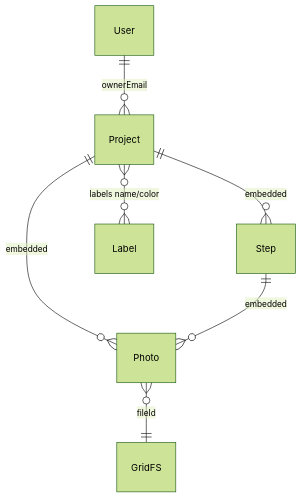
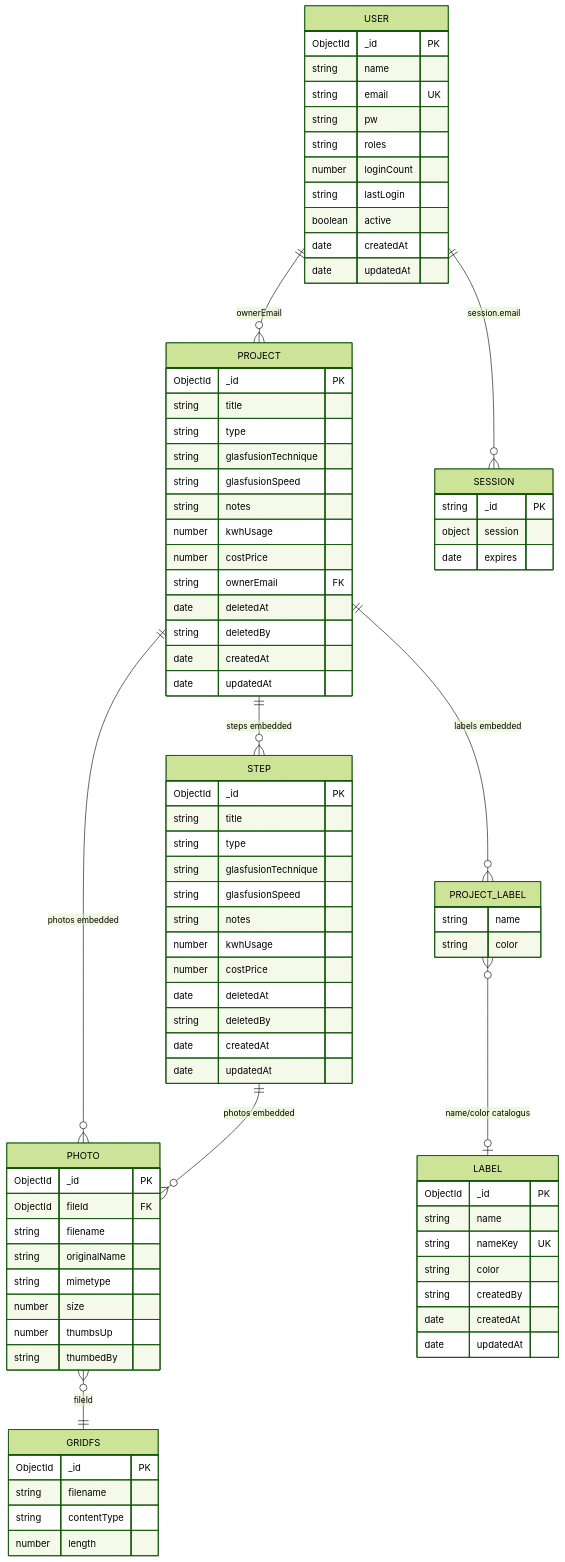
The diagram in docs/DATABASE.md (johnverberne/projects-captainjohn), drawn with Mermaid (forest theme) before and after one commit. The commit also changed other lines of this file, not shown here.

Commit message:
Add Mermaid ER diagram to the database model docs.

````diff
--- a/docs/DATABASE.md
+++ b/docs/DATABASE.md
@@ -119,9 +13,94 @@
 ```mermaid
 erDiagram
-  User ||--o{ Project : "ownerEmail"
-  Project ||--o{ Step : "embedded"
-  Project ||--o{ Photo : "embedded"
-  Step ||--o{ Photo : "embedded"
-  Project }o--o{ Label : "labels name/color"
-  Photo }o--|| GridFS : "fileId"
+  USER {
+    ObjectId _id PK
+    string name
+    string email UK
+    string pw
+    string roles
+    number loginCount
+    string lastLogin
+    boolean active
+    date createdAt
+    date updatedAt
+  }
+
+  PROJECT {
+    ObjectId _id PK
+    string title
+    string type
+    string glasfusionTechnique
+    string glasfusionSpeed
+    string notes
+    number kwhUsage
+    number costPrice
+    string ownerEmail FK
+    date deletedAt
+    string deletedBy
+    date createdAt
+    date updatedAt
+  }
+
+  PROJECT_LABEL {
+    string name
+    string color
+  }
+
+  STEP {
+    ObjectId _id PK
+    string title
+    string type
+    string glasfusionTechnique
+    string glasfusionSpeed
+    string notes
+    number kwhUsage
+    number costPrice
+    date deletedAt
+    string deletedBy
+    date createdAt
+    date updatedAt
+  }
+
+  PHOTO {
+    ObjectId _id PK
+    ObjectId fileId FK
+    string filename
+    string originalName
+    string mimetype
+    number size
+    number thumbsUp
+    string thumbedBy
+  }
+
+  LABEL {
+    ObjectId _id PK
+    string name
+    string nameKey UK
+    string color
+    string createdBy
+    date createdAt
+    date updatedAt
+  }
+
+  GRIDFS {
+    ObjectId _id PK
+    string filename
+    string contentType
+    number length
+  }
+
+  SESSION {
+    string _id PK
+    object session
+    date expires
+  }
+
+  USER ||--o{ PROJECT : "ownerEmail"
+  PROJECT ||--o{ PROJECT_LABEL : "labels embedded"
+  PROJECT ||--o{ STEP : "steps embedded"
+  PROJECT ||--o{ PHOTO : "photos embedded"
+  STEP ||--o{ PHOTO : "photos embedded"
+  PROJECT_LABEL }o--o| LABEL : "name/color catalogus"
+  PHOTO }o--|| GRIDFS : "fileId"
+  USER ||--o{ SESSION : "session.email"
 ```
````
